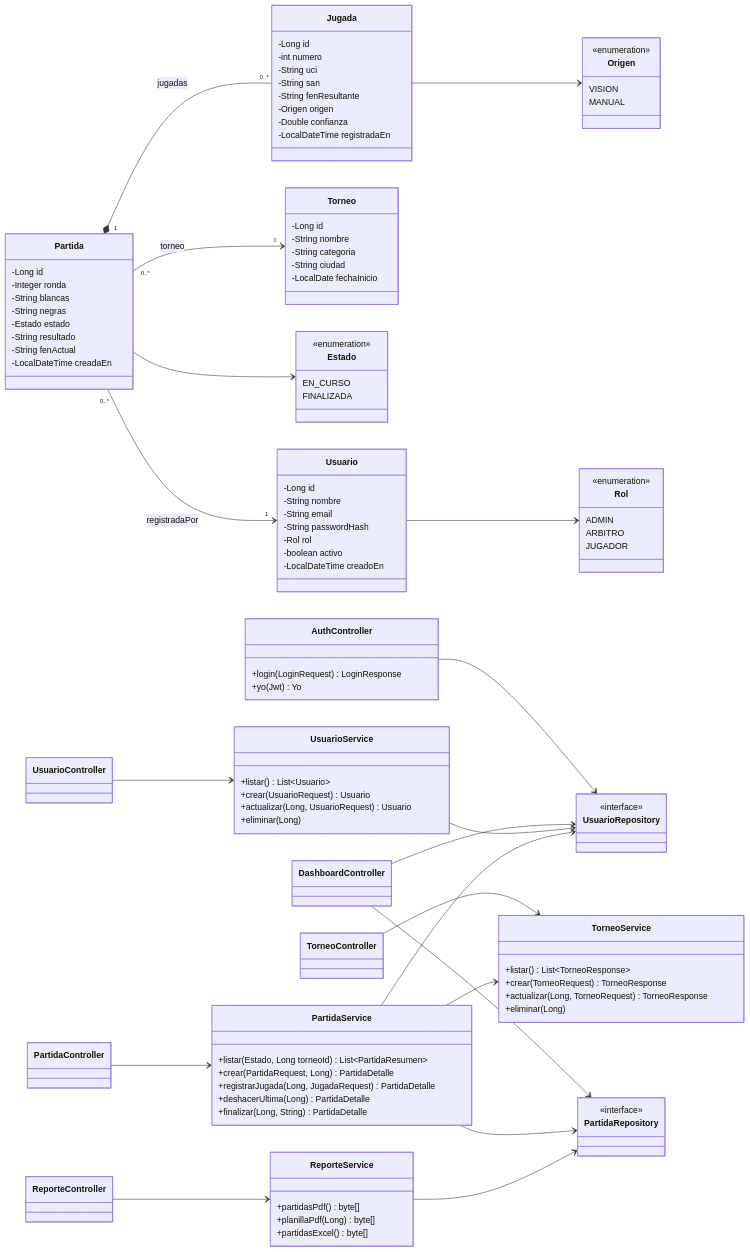
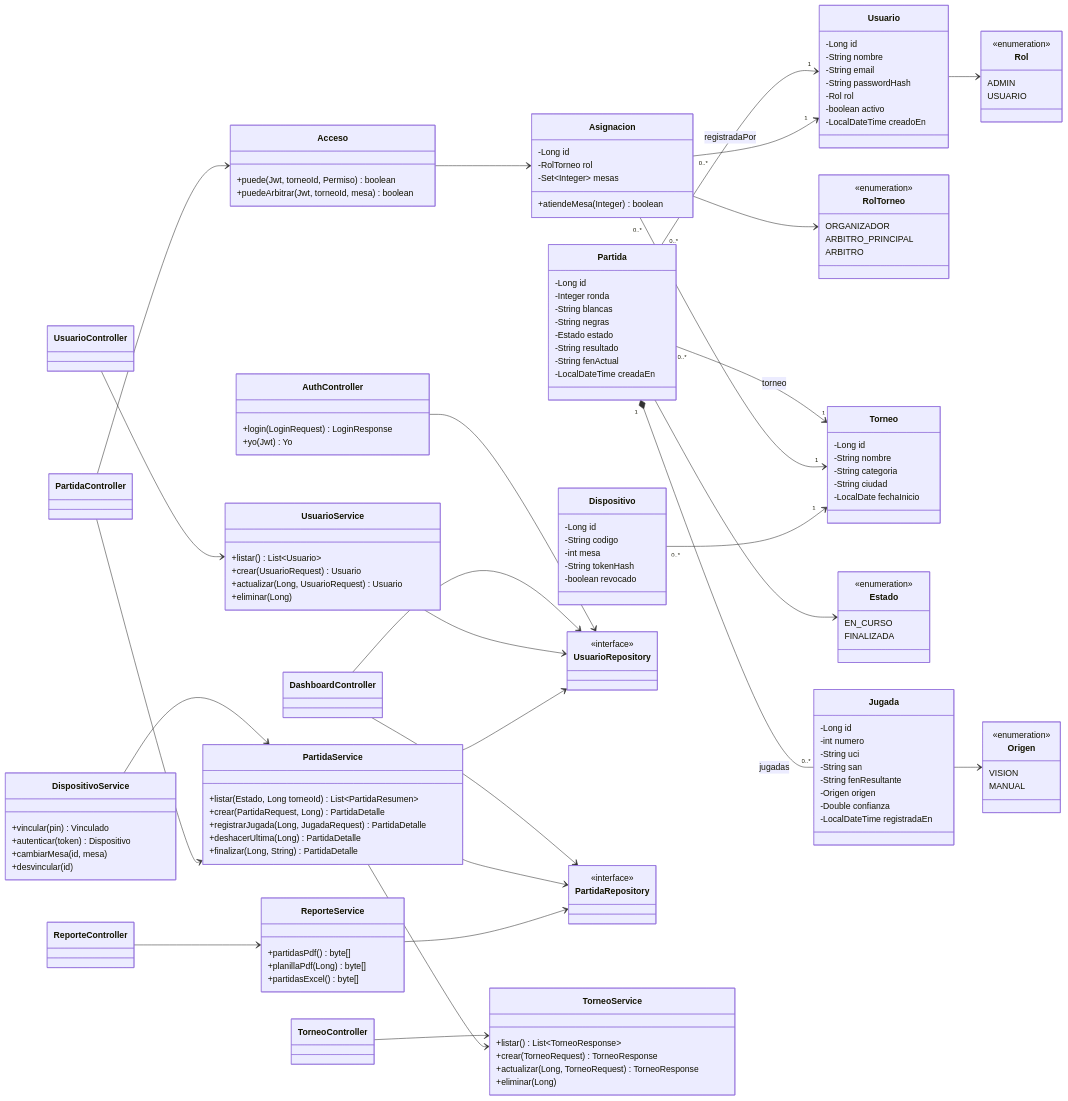
The first of 2 diagrams in docs/clases.md (dj-t4b/ajedrez-vision-fba), drawn with Mermaid before and after one commit. The commit also changed other lines of this file and 15 other files, not shown here.

Commit message:
App: vinculación por QR o PIN sin login, código y mesa en pantalla, registra siempre la jugada más probable y «Terminar partida»; docs y UML al día

```diff
--- a/docs/clases.md
+++ b/docs/clases.md
@@ -18,8 +18,36 @@
     class Rol {
         <<enumeration>>
         ADMIN
+        USUARIO
+    }
+    class Asignacion {
+        -Long id
+        -RolTorneo rol
+        -Set~Integer~ mesas
+        +atiendeMesa(Integer) boolean
+    }
+    class RolTorneo {
+        <<enumeration>>
+        ORGANIZADOR
+        ARBITRO_PRINCIPAL
         ARBITRO
-        JUGADOR
+    }
+    class Dispositivo {
+        -Long id
+        -String codigo
+        -int mesa
+        -String tokenHash
+        -boolean revocado
+    }
+    class Acceso {
+        +puede(Jwt, torneoId, Permiso) boolean
+        +puedeArbitrar(Jwt, torneoId, mesa) boolean
+    }
+    class DispositivoService {
+        +vincular(pin) Vinculado
+        +autenticar(token) Dispositivo
+        +cambiarMesa(id, mesa)
+        +desvincular(id)
     }
     class Torneo {
         -Long id
@@ -98,6 +126,13 @@
     Partida "1" *-- "0..*" Jugada : jugadas
     Partida "0..*" --> "1" Usuario : registradaPor
     Partida "0..*" --> "1" Torneo : torneo
+    Asignacion "0..*" --> "1" Usuario
+    Asignacion "0..*" --> "1" Torneo
+    Asignacion --> RolTorneo
+    Dispositivo "0..*" --> "1" Torneo
+    PartidaController --> Acceso
+    Acceso --> Asignacion
+    DispositivoService --> PartidaService
     class TorneoService {
         +listar() List~TorneoResponse~
         +crear(TorneoRequest) TorneoResponse
```
